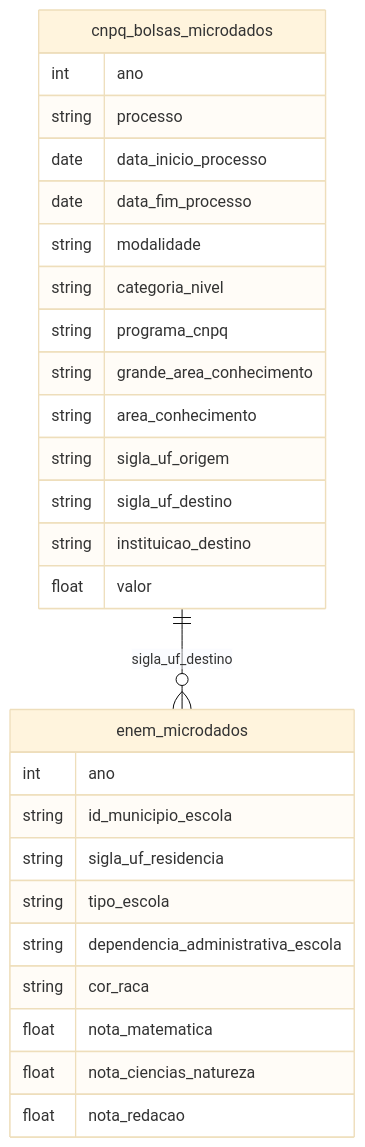
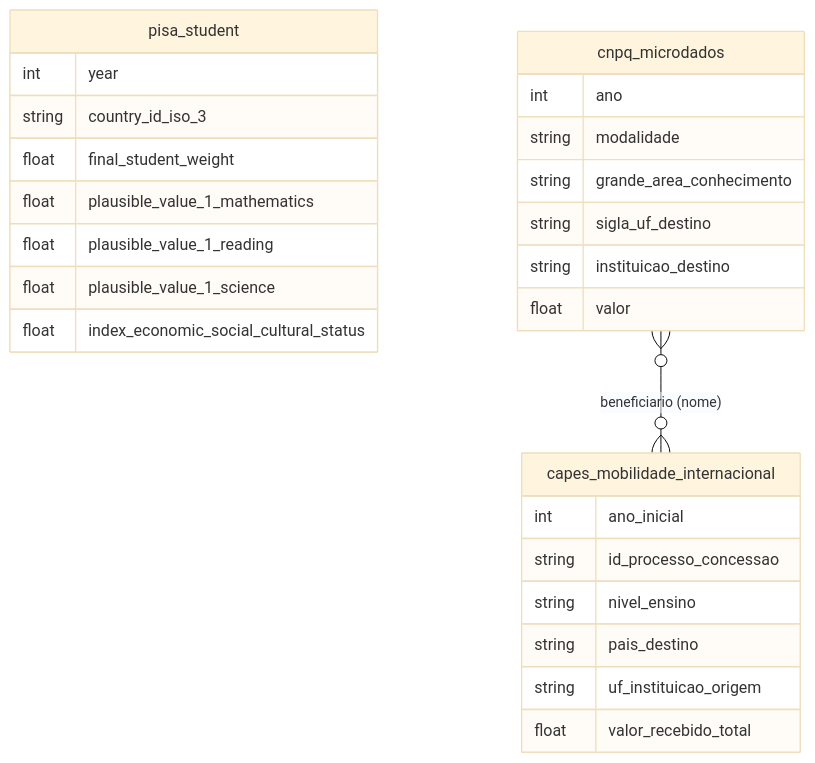
The diagram in docs/mapa/overview/20_ciencia_tecnologia.md (rafapolo/rodado), drawn with Mermaid (base theme) before and after one commit. The commit also changed other lines of this file and 135 other files, not shown here.

````diff
--- a/docs/mapa/overview/20_ciencia_tecnologia.md
+++ b/docs/mapa/overview/20_ciencia_tecnologia.md
@@ -2,30 +2,29 @@
 ```mermaid
 erDiagram
-    cnpq_bolsas_microdados {
+    pisa_student {
+        int year
+        string country_id_iso_3
+        float final_student_weight
+        float plausible_value_1_mathematics
+        float plausible_value_1_reading
+        float plausible_value_1_science
+        float index_economic_social_cultural_status
+    }
+    cnpq_microdados {
         int ano
-        string processo
-        date data_inicio_processo
-        date data_fim_processo
         string modalidade
-        string categoria_nivel
-        string programa_cnpq
         string grande_area_conhecimento
-        string area_conhecimento
-        string sigla_uf_origem
         string sigla_uf_destino
         string instituicao_destino
         float valor
     }
-    enem_microdados {
-        int ano
-        string id_municipio_escola
-        string sigla_uf_residencia
-        string tipo_escola
-        string dependencia_administrativa_escola
-        string cor_raca
-        float nota_matematica
-        float nota_ciencias_natureza
-        float nota_redacao
+    capes_mobilidade_internacional {
+        int ano_inicial
+        string id_processo_concessao
+        string nivel_ensino
+        string pais_destino
+        string uf_instituicao_origem
+        float valor_recebido_total
     }
-    cnpq_bolsas_microdados ||--o{ enem_microdados : "sigla_uf_destino"
+    cnpq_microdados }o--o{ capes_mobilidade_internacional : "beneficiario (nome)"
 ```
````
